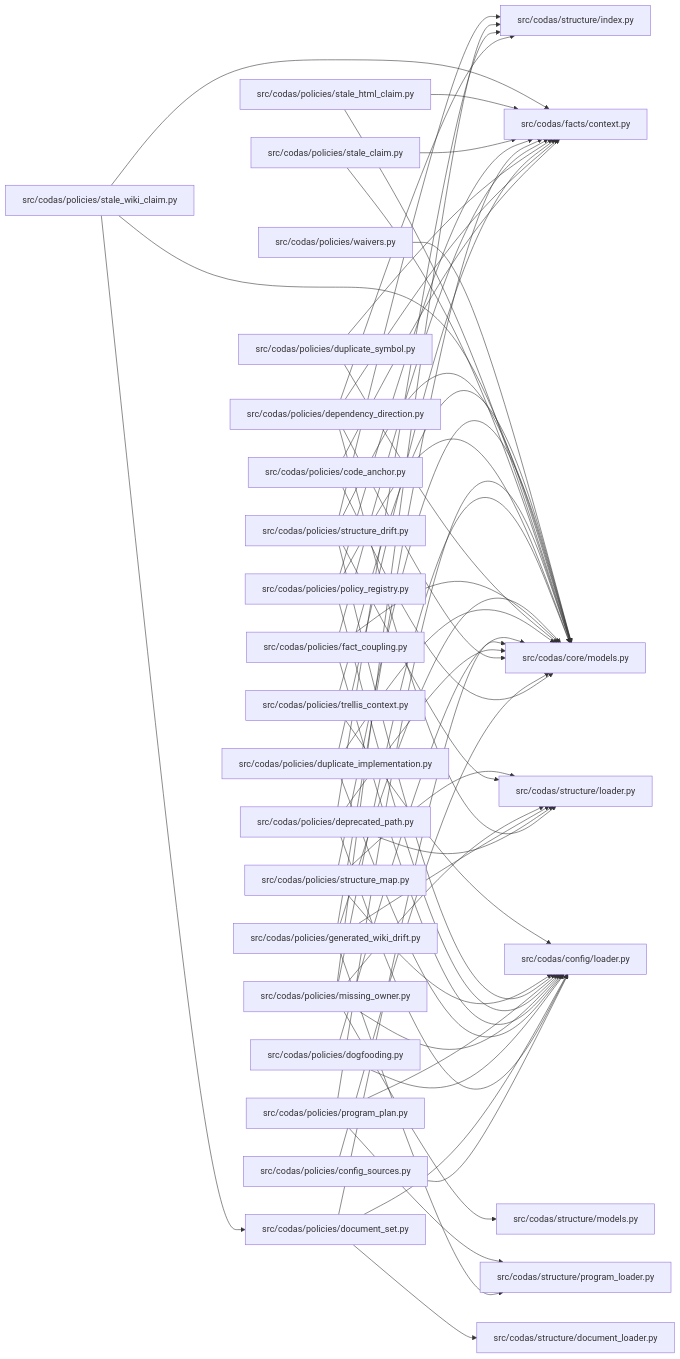
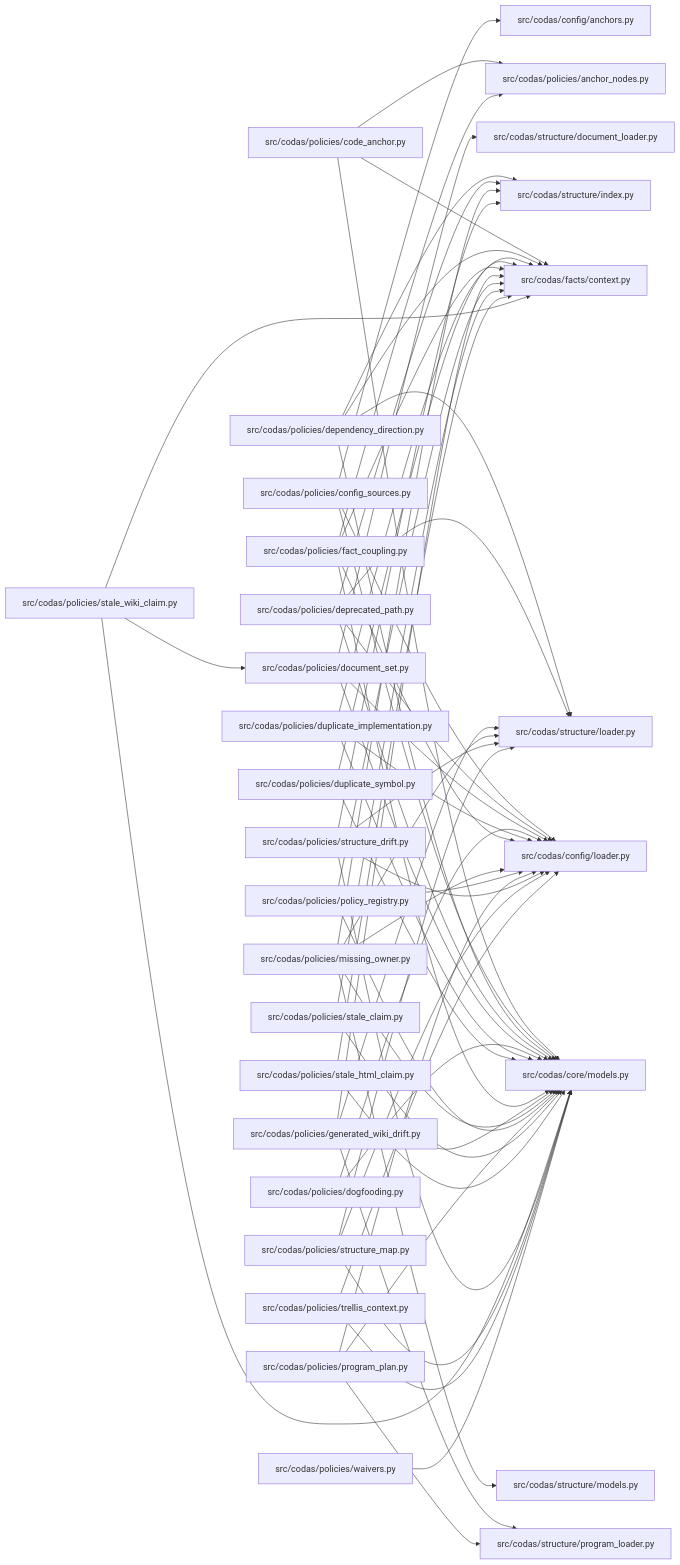
Before and after one commit to oydodo/codas: the diagram in wiki/codas-policies.md, drawn with Mermaid. The commit also changed other lines of this file and 28 other files, not shown here.

````diff
--- a/wiki/codas-policies.md
+++ b/wiki/codas-policies.md
@@ -133,88 +149,93 @@
 ```mermaid
 graph LR
-  n0["src/codas/config/loader.py"]
-  n1["src/codas/core/models.py"]
-  n2["src/codas/facts/context.py"]
-  n3["src/codas/policies/code_anchor.py"]
-  n4["src/codas/policies/config_sources.py"]
-  n5["src/codas/policies/dependency_direction.py"]
-  n6["src/codas/policies/deprecated_path.py"]
-  n7["src/codas/policies/document_set.py"]
-  n8["src/codas/policies/dogfooding.py"]
-  n9["src/codas/policies/duplicate_implementation.py"]
-  n10["src/codas/policies/duplicate_symbol.py"]
-  n11["src/codas/policies/fact_coupling.py"]
-  n12["src/codas/policies/generated_wiki_drift.py"]
-  n13["src/codas/policies/missing_owner.py"]
-  n14["src/codas/policies/policy_registry.py"]
-  n15["src/codas/policies/program_plan.py"]
-  n16["src/codas/policies/stale_claim.py"]
-  n17["src/codas/policies/stale_html_claim.py"]
-  n18["src/codas/policies/stale_wiki_claim.py"]
-  n19["src/codas/policies/structure_drift.py"]
-  n20["src/codas/policies/structure_map.py"]
-  n21["src/codas/policies/trellis_context.py"]
-  n22["src/codas/policies/waivers.py"]
-  n23["src/codas/structure/document_loader.py"]
-  n24["src/codas/structure/index.py"]
-  n25["src/codas/structure/loader.py"]
-  n26["src/codas/structure/models.py"]
-  n27["src/codas/structure/program_loader.py"]
-  n3 --> n1
-  n3 --> n2
-  n4 --> n0
-  n4 --> n1
-  n5 --> n1
+  n0["src/codas/config/anchors.py"]
+  n1["src/codas/config/loader.py"]
+  n2["src/codas/core/models.py"]
+  n3["src/codas/facts/context.py"]
+  n4["src/codas/policies/anchor_nodes.py"]
+  n5["src/codas/policies/code_anchor.py"]
+  n6["src/codas/policies/config_sources.py"]
+  n7["src/codas/policies/dependency_direction.py"]
+  n8["src/codas/policies/deprecated_path.py"]
+  n9["src/codas/policies/document_set.py"]
+  n10["src/codas/policies/dogfooding.py"]
+  n11["src/codas/policies/duplicate_implementation.py"]
+  n12["src/codas/policies/duplicate_symbol.py"]
+  n13["src/codas/policies/fact_coupling.py"]
+  n14["src/codas/policies/generated_wiki_drift.py"]
+  n15["src/codas/policies/missing_owner.py"]
+  n16["src/codas/policies/policy_registry.py"]
+  n17["src/codas/policies/program_plan.py"]
+  n18["src/codas/policies/stale_claim.py"]
+  n19["src/codas/policies/stale_html_claim.py"]
+  n20["src/codas/policies/stale_wiki_claim.py"]
+  n21["src/codas/policies/structure_drift.py"]
+  n22["src/codas/policies/structure_map.py"]
+  n23["src/codas/policies/trellis_context.py"]
+  n24["src/codas/policies/waivers.py"]
+  n25["src/codas/structure/document_loader.py"]
+  n26["src/codas/structure/index.py"]
+  n27["src/codas/structure/loader.py"]
+  n28["src/codas/structure/models.py"]
+  n29["src/codas/structure/program_loader.py"]
   n5 --> n2
-  n5 --> n24
-  n5 --> n25
+  n5 --> n3
+  n5 --> n4
   n6 --> n0
   n6 --> n1
-  n6 --> n24
-  n6 --> n25
-  n7 --> n0
-  n7 --> n1
-  n7 --> n23
-  n8 --> n0
+  n6 --> n2
+  n7 --> n2
+  n7 --> n3
+  n7 --> n26
+  n7 --> n27
   n8 --> n1
-  n9 --> n0
+  n8 --> n2
+  n8 --> n26
+  n8 --> n27
   n9 --> n1
   n9 --> n2
+  n9 --> n25
   n10 --> n1
   n10 --> n2
-  n11 --> n0
   n11 --> n1
   n11 --> n2
-  n12 --> n1
+  n11 --> n3
   n12 --> n2
-  n12 --> n25
-  n12 --> n27
-  n13 --> n0
+  n12 --> n3
   n13 --> n1
-  n13 --> n24
-  n13 --> n25
-  n13 --> n26
-  n14 --> n0
-  n14 --> n1
+  n13 --> n2
+  n13 --> n3
+  n13 --> n4
   n14 --> n2
-  n15 --> n0
+  n14 --> n3
+  n14 --> n27
+  n14 --> n29
   n15 --> n1
+  n15 --> n2
+  n15 --> n26
   n15 --> n27
+  n15 --> n28
   n16 --> n1
   n16 --> n2
+  n16 --> n3
   n17 --> n1
   n17 --> n2
-  n18 --> n1
+  n17 --> n29
   n18 --> n2
-  n18 --> n7
-  n19 --> n0
-  n19 --> n1
-  n19 --> n24
-  n19 --> n25
-  n20 --> n0
-  n20 --> n1
-  n20 --> n25
-  n21 --> n0
+  n18 --> n3
+  n19 --> n2
+  n19 --> n3
+  n20 --> n2
+  n20 --> n3
+  n20 --> n9
   n21 --> n1
+  n21 --> n2
+  n21 --> n26
+  n21 --> n27
   n22 --> n1
+  n22 --> n2
+  n22 --> n27
+  n23 --> n1
+  n23 --> n2
+  n24 --> n2
 ```
````
